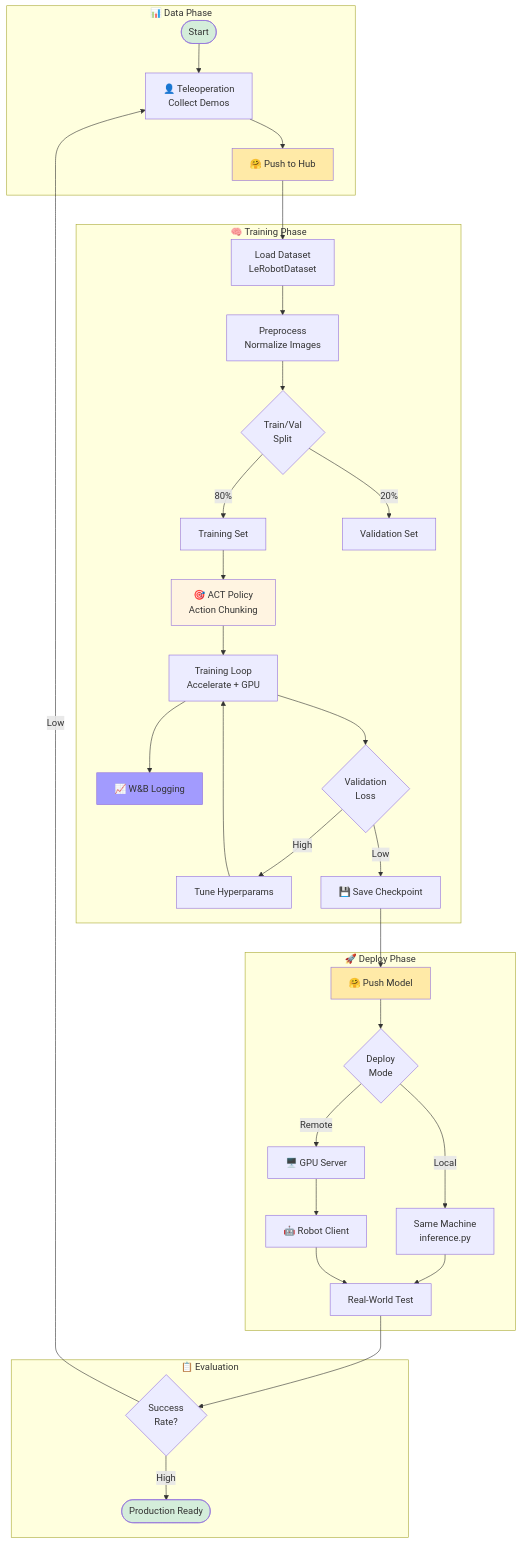
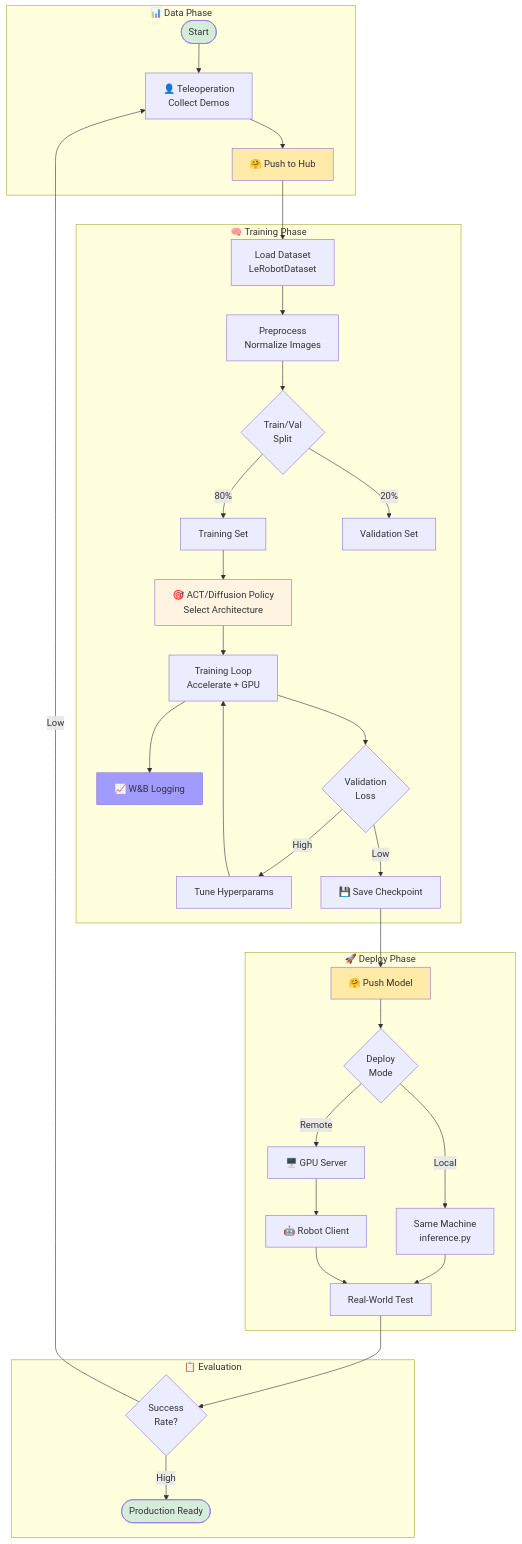
The tenth of 13 diagrams in _posts/2025-12-18-allen-vla.md (nu-jliu/nu-jliu.github.io), drawn with Mermaid before and after one commit. The commit also changed other lines of this file and 2 other files, not shown here.

Commit message:
diffusion policy

````diff
--- a/_posts/2025-12-18-allen-vla.md
+++ b/_posts/2025-12-18-allen-vla.md
@@ -668,45 +736,45 @@
 ```mermaid
 flowchart TD
     subgraph DataPhase["📊 Data Phase"]
         START([Start]) --> COLLECT["👤 Teleoperation<br/>Collect Demos"]
         COLLECT --> UPLOAD["🤗 Push to Hub"]
     end
 
     subgraph TrainPhase["🧠 Training Phase"]
         UPLOAD --> LOAD["Load Dataset<br/>LeRobotDataset"]
         LOAD --> PREPROC["Preprocess<br/>Normalize Images"]
         PREPROC --> SPLIT{"Train/Val<br/>Split"}
         SPLIT -->|80%| TRAIN["Training Set"]
         SPLIT -->|20%| VAL["Validation Set"]
-        TRAIN --> MODEL["🎯 ACT Policy<br/>Action Chunking"]
+        TRAIN --> MODEL["🎯 ACT/Diffusion Policy<br/>Select Architecture"]
         MODEL --> LOOP["Training Loop<br/>Accelerate + GPU"]
         LOOP --> WANDB["📈 W&B Logging"]
         LOOP --> CHECK{"Validation<br/>Loss"}
         CHECK -->|High| HYPER["Tune Hyperparams"]
         HYPER --> LOOP
         CHECK -->|Low| SAVE["💾 Save Checkpoint"]
     end
 
     subgraph DeployPhase["🚀 Deploy Phase"]
         SAVE --> PUSH_MODEL["🤗 Push Model"]
         PUSH_MODEL --> DEPLOY{"Deploy<br/>Mode"}
         DEPLOY -->|Local| LOCAL["Same Machine<br/>inference.py"]
         DEPLOY -->|Remote| SERVER["🖥️ GPU Server"]
         SERVER --> CLIENT["🤖 Robot Client"]
         LOCAL --> TEST["Real-World Test"]
         CLIENT --> TEST
     end
 
     subgraph EvalPhase["📋 Evaluation"]
         TEST --> EVAL{"Success<br/>Rate?"}
         EVAL -->|Low| COLLECT
         EVAL -->|High| END([Production Ready])
     end
 
     style START fill:#d4edda
     style END fill:#d4edda
     style MODEL fill:#fff4e1
     style WANDB fill:#a29bfe
     style PUSH_MODEL fill:#ffeaa7
     style UPLOAD fill:#ffeaa7
 ```
````
